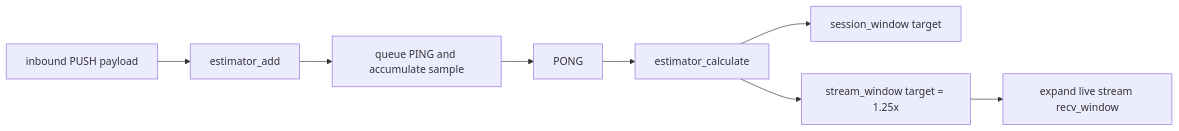
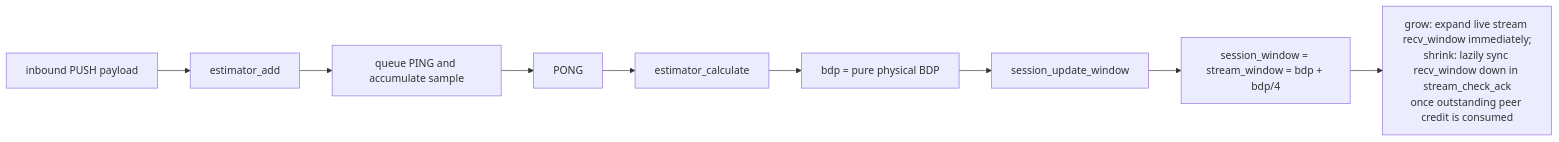
One commit to hexian000/multiplexd changed diagram 12 of 17 in doc/impl.md. Above: the diagram before and after it, drawn with Mermaid. The commit also changed other lines of this file and 17 other files, not shown here.

````diff
--- a/doc/impl.md
+++ b/doc/impl.md
@@ -544,10 +545,13 @@
 ```mermaid
 flowchart LR
   A[inbound PUSH payload] --> B[estimator_add]
   B --> C[queue PING and accumulate sample]
   C --> D[PONG]
   D --> E[estimator_calculate]
-  E --> F[session_window target]
-  E --> G[stream_window target = 1.25x]
-  G --> H[expand live stream recv_window]
+  E --> F[bdp = pure physical BDP]
+  F --> G[session_update_window]
+  G --> H[session_window = stream_window = bdp + bdp/4]
+  H --> I[grow: expand live stream recv_window immediately;
+shrink: lazily sync recv_window down in stream_check_ack
+once outstanding peer credit is consumed]
 ```
````
